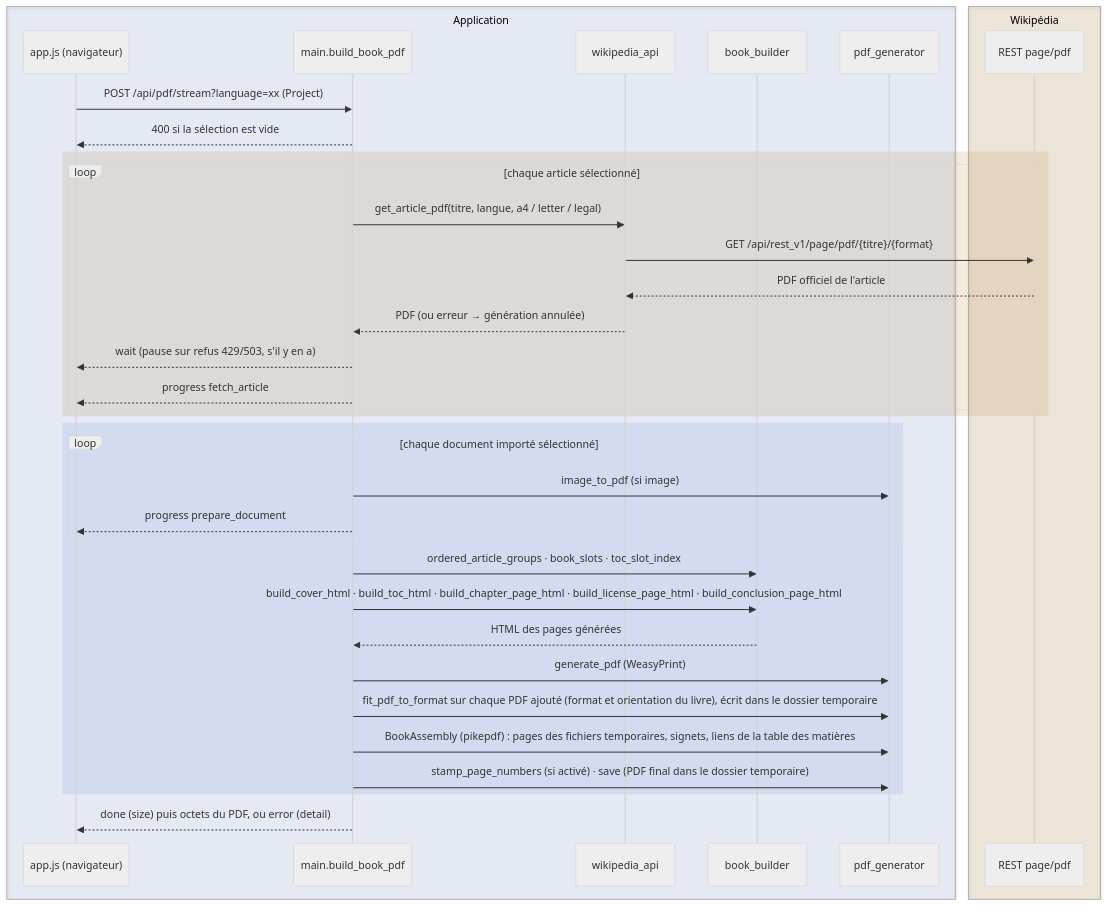
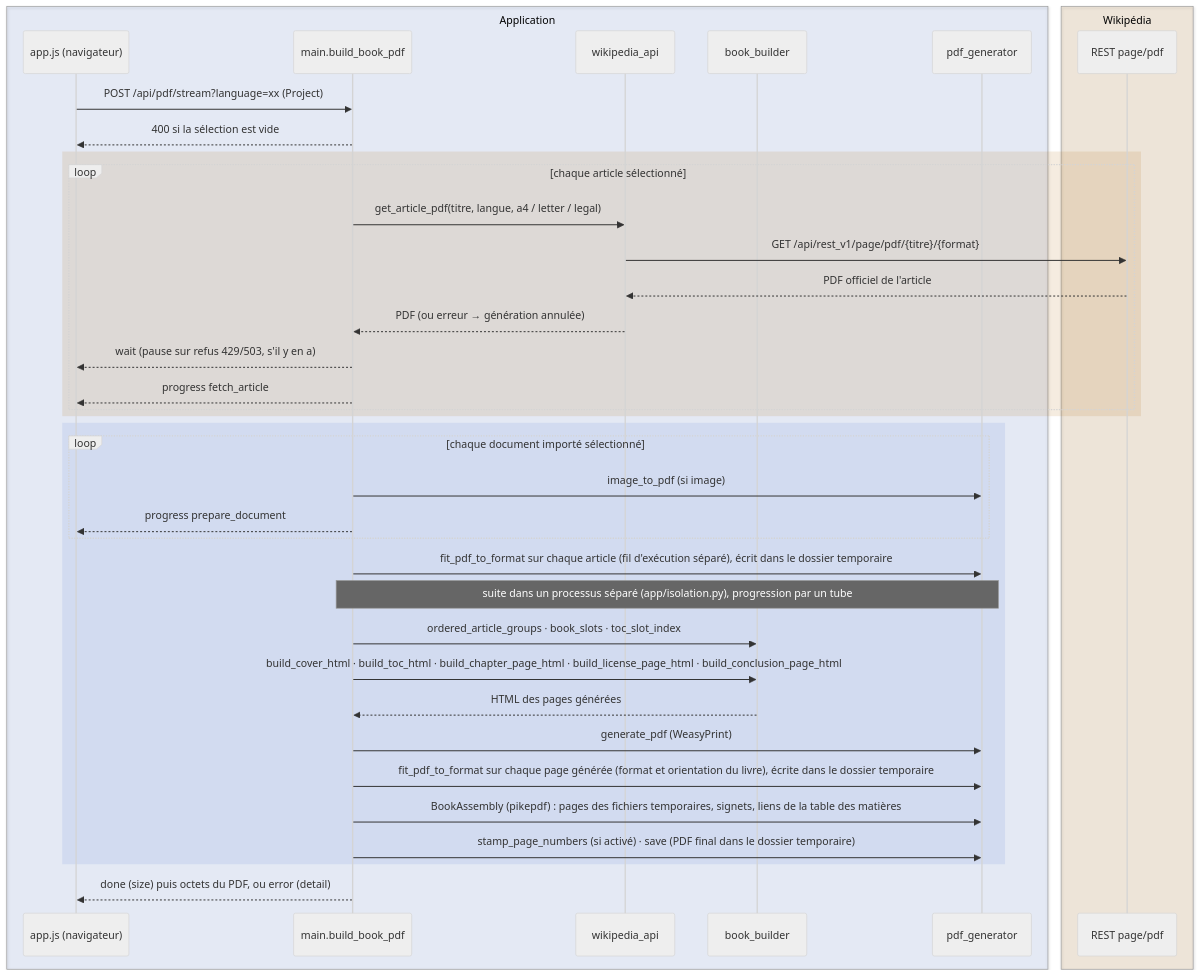
One commit to gmoulard/wikipedia2book changed the second of 2 diagrams in docs/SPECIFICATIONS.fr.md. Above: the diagram before and after it, drawn with Mermaid (neutral theme). The commit also changed other lines of this file and 10 other files, not shown here.

First line of the commit message:
1.8.3 : assemblage du livre dans un processus séparé

````diff
--- a/docs/SPECIFICATIONS.fr.md
+++ b/docs/SPECIFICATIONS.fr.md
@@ -954,40 +958,42 @@
 ```mermaid
 sequenceDiagram
     box rgba(51,102,204,0.10) Application
         participant U as app.js (navigateur)
         participant M as main.build_book_pdf
         participant W as wikipedia_api
         participant B as book_builder
         participant P as pdf_generator
     end
     box rgba(172,102,0,0.12) Wikipédia
         participant R as REST page/pdf
     end
 
     U->>M: POST /api/pdf/stream?language=xx (Project)
     M-->>U: 400 si la sélection est vide
     rect rgba(172,102,0,0.12)
         loop chaque article sélectionné
             M->>W: get_article_pdf(titre, langue, a4 / letter / legal)
             W->>R: GET /api/rest_v1/page/pdf/{titre}/{format}
             R-->>W: PDF officiel de l'article
             W-->>M: PDF (ou erreur → génération annulée)
             M-->>U: wait (pause sur refus 429/503, s'il y en a)
             M-->>U: progress fetch_article
         end
     end
     rect rgba(51,102,204,0.10)
         loop chaque document importé sélectionné
             M->>P: image_to_pdf (si image)
             M-->>U: progress prepare_document
         end
+        M->>P: fit_pdf_to_format sur chaque article (fil d'exécution séparé), écrit dans le dossier temporaire
+        Note over M,P: suite dans un processus séparé (app/isolation.py), progression par un tube
         M->>B: ordered_article_groups · book_slots · toc_slot_index
         M->>B: build_cover_html · build_toc_html · build_chapter_page_html · build_license_page_html · build_conclusion_page_html
         B-->>M: HTML des pages générées
         M->>P: generate_pdf (WeasyPrint)
-        M->>P: fit_pdf_to_format sur chaque PDF ajouté (format et orientation du livre), écrit dans le dossier temporaire
+        M->>P: fit_pdf_to_format sur chaque page générée (format et orientation du livre), écrite dans le dossier temporaire
         M->>P: BookAssembly (pikepdf) : pages des fichiers temporaires, signets, liens de la table des matières
         M->>P: stamp_page_numbers (si activé) · save (PDF final dans le dossier temporaire)
     end
     M-->>U: done (size) puis octets du PDF, ou error (detail)
 ```
````
